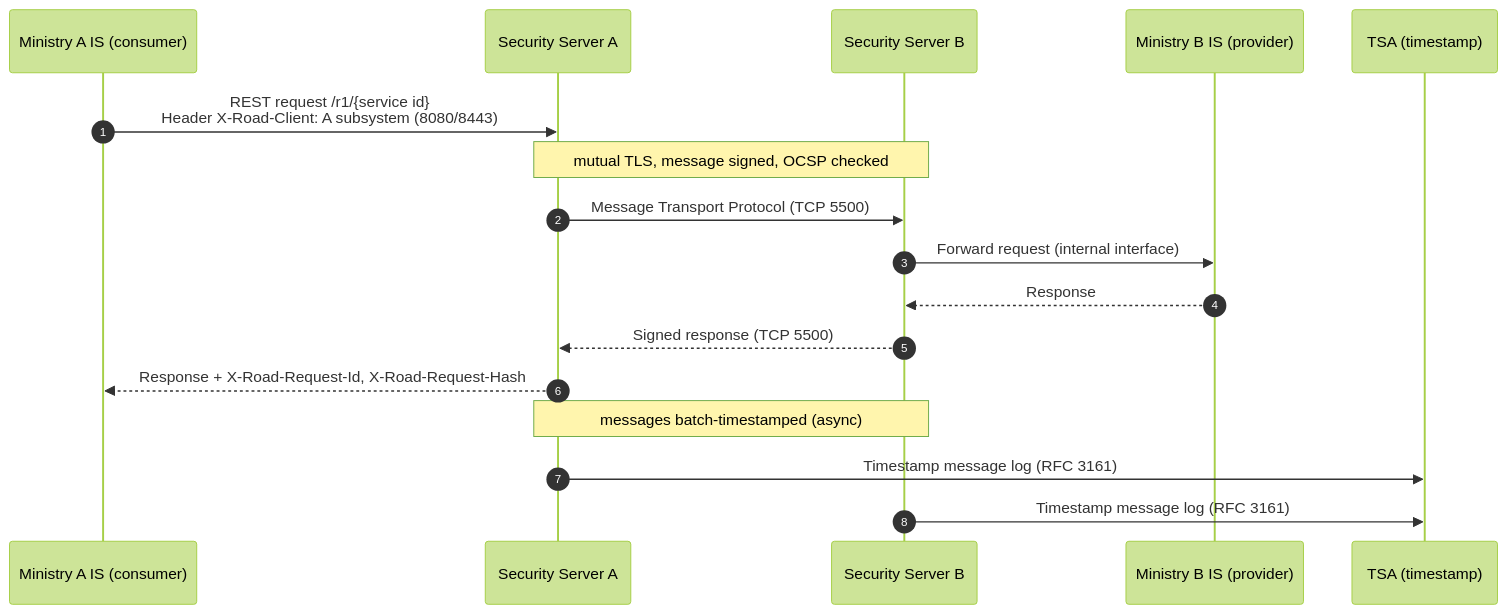
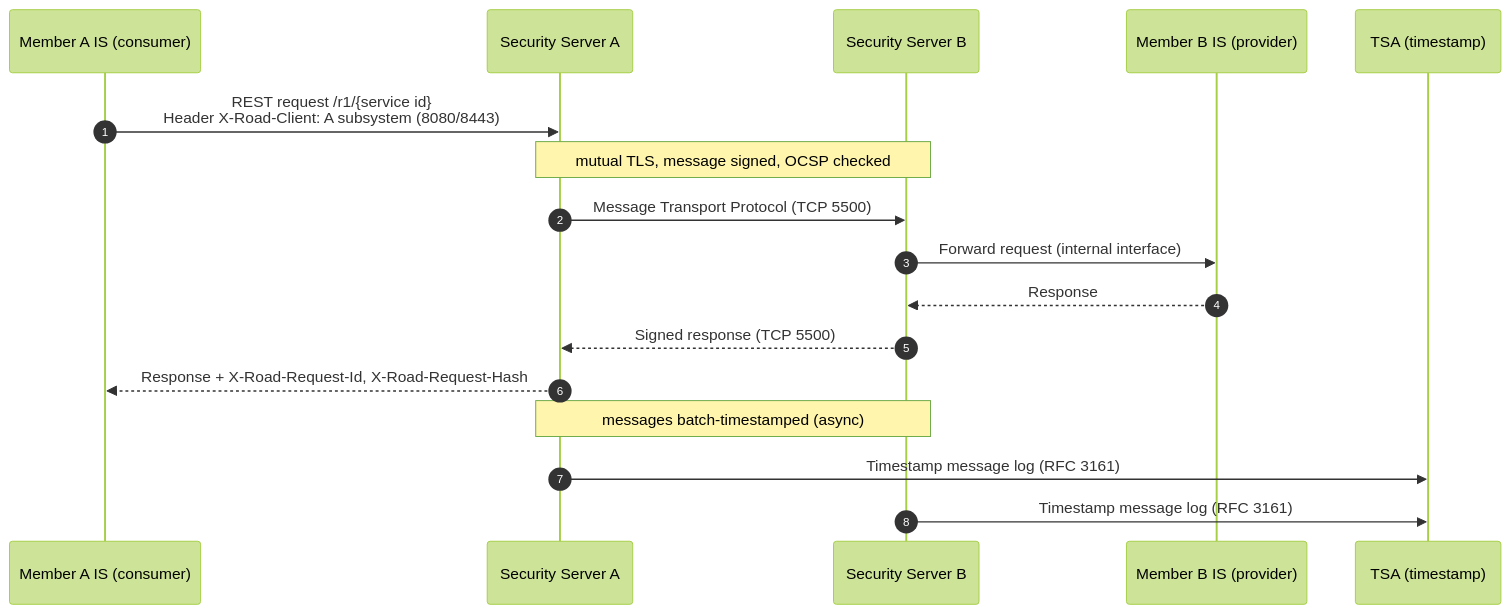
One commit to paulo-amaral/xroad-simulator changed the first of 3 diagrams in docs/diagrams.md. Above: the diagram before and after it, drawn with Mermaid (forest theme). The commit also changed other lines of this file and 13 other files, not shown here.

````diff
--- a/docs/diagrams.md
+++ b/docs/diagrams.md
@@ -42,20 +42,20 @@
 ```mermaid
 sequenceDiagram
     autonumber
-    participant ISA as Ministry A IS (consumer)
+    participant ISA as Member A IS (consumer)
     participant SSA as Security Server A
     participant SSB as Security Server B
-    participant ISB as Ministry B IS (provider)
+    participant ISB as Member B IS (provider)
     participant TS as TSA (timestamp)
 
     ISA->>SSA: REST request /r1/{service id}<br/>Header X-Road-Client: A subsystem (8080/8443)
     Note over SSA,SSB: mutual TLS, message signed, OCSP checked
     SSA->>SSB: Message Transport Protocol (TCP 5500)
     SSB->>ISB: Forward request (internal interface)
     ISB-->>SSB: Response
     SSB-->>SSA: Signed response (TCP 5500)
     SSA-->>ISA: Response + X-Road-Request-Id, X-Road-Request-Hash
     Note over SSA,SSB: messages batch-timestamped (async)
     SSA->>TS: Timestamp message log (RFC 3161)
     SSB->>TS: Timestamp message log (RFC 3161)
 ```
````
